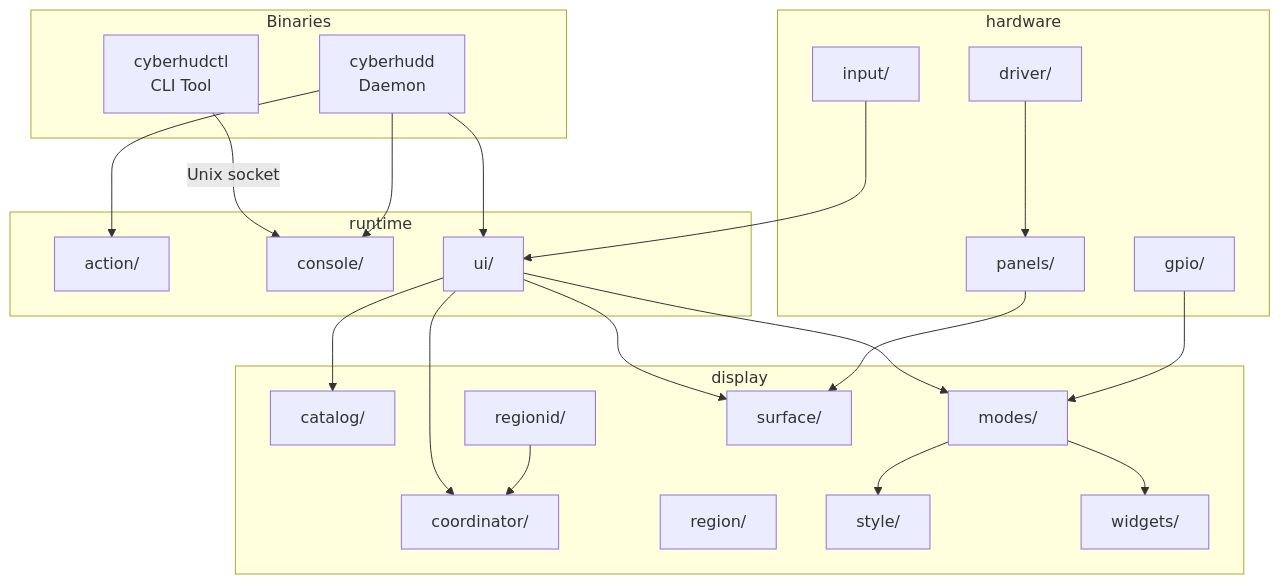
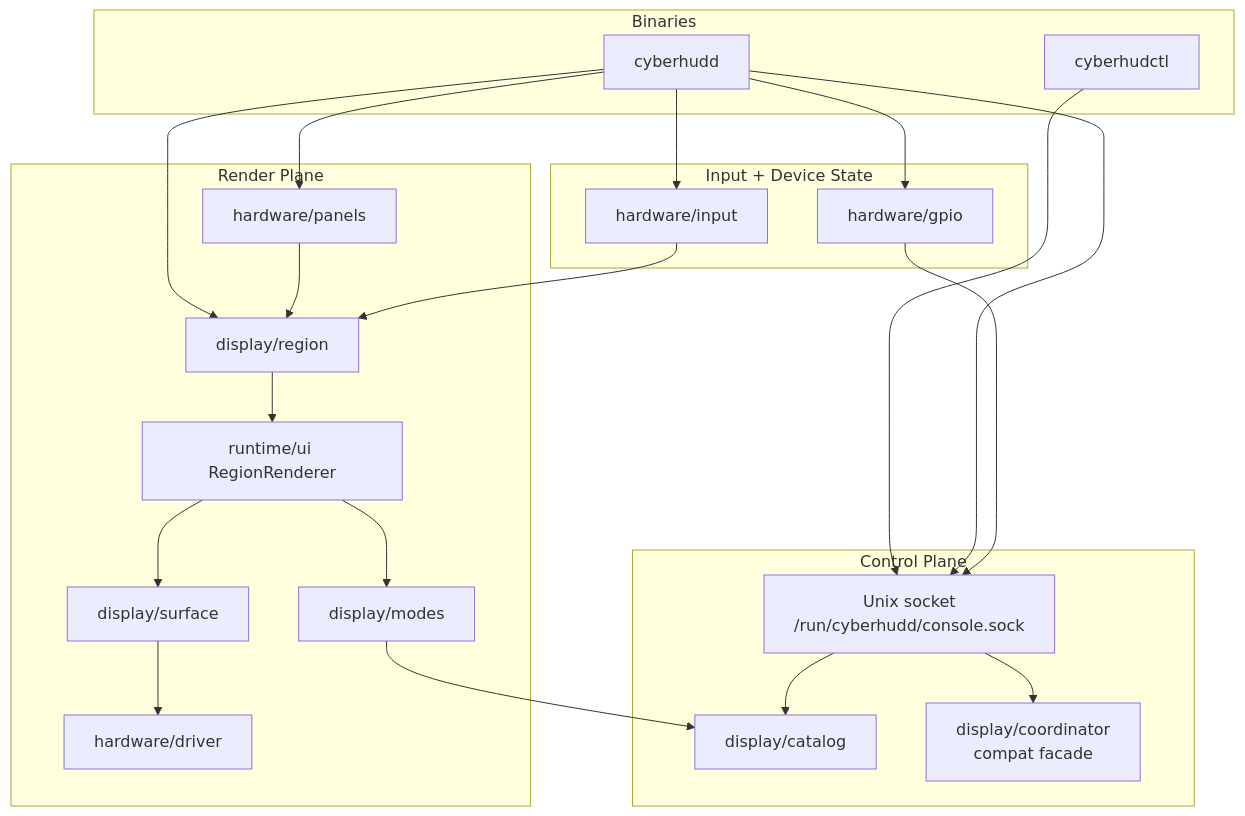
Before and after one commit to databeast/cyberhud: the first of 2 diagrams in ghpages/docs/reference/architecture.md, drawn with Mermaid. The commit also changed other lines of this file and 7 other files, not shown here.

````diff
--- a/ghpages/docs/reference/architecture.md
+++ b/ghpages/docs/reference/architecture.md
@@ -7,47 +7,45 @@
 ```mermaid
 graph TB
     subgraph Binaries
-        CTL[cyberhudctl<br/>CLI Tool]
-        DAEMON[cyberhudd<br/>Daemon]
+        CTL[cyberhudctl]
+        DAEMON[cyberhudd]
     end
 
-    subgraph "display"
-        CATALOG[catalog/]
-        COORD[coordinator/]
-        MODES[modes/]
-        REGION[region/]
-        REGIONID[regionid/]
-        STYLE[style/]
-        SURFACE[surface/]
-        WIDGETS[widgets/]
+    subgraph Control Plane
+        SOCKET[Unix socket<br/>/run/cyberhudd/console.sock]
+        CATALOG[display/catalog]
+        COORD[display/coordinator<br/>compat facade]
     end
 
-    subgraph "hardware"
-        DRIVER[driver/]
-        PANELS[panels/]
-        GPIO[gpio/]
-        INPUT[input/]
+    subgraph Render Plane
+        PANEL[hardware/panels]
+        REGION[display/region]
+        MODES[display/modes]
+        RENDERER[runtime/ui RegionRenderer]
+        SURFACE[display/surface]
+        DRIVER[hardware/driver]
     end
 
-    subgraph "runtime"
-        ACTION[action/]
-        CONSOLE[console/]
-        UI[ui/]
+    subgraph Input + Device State
+        GPIO[hardware/gpio]
+        INPUT[hardware/input]
     end
 
-    CTL -->|Unix socket| CONSOLE
-    DAEMON --> CONSOLE
-    DAEMON --> UI
-    DAEMON --> ACTION
-    UI --> MODES
-    UI --> SURFACE
-    UI --> CATALOG
-    UI --> COORD
-    MODES --> WIDGETS
-    MODES --> STYLE
-    PANELS --> SURFACE
-    INPUT --> UI
-    GPIO --> MODES
-    DRIVER --> PANELS
-    REGIONID --> COORD
+    CTL --> SOCKET
+    DAEMON --> SOCKET
+    DAEMON --> REGION
+    DAEMON --> PANEL
+    DAEMON --> INPUT
+    DAEMON --> GPIO
+
+    SOCKET --> COORD
+    SOCKET --> CATALOG
+    REGION --> RENDERER
+    RENDERER --> MODES
+    RENDERER --> SURFACE
+    SURFACE --> DRIVER
+    PANEL --> REGION
+    MODES --> CATALOG
+    INPUT --> REGION
+    GPIO --> SOCKET
 ```
````
